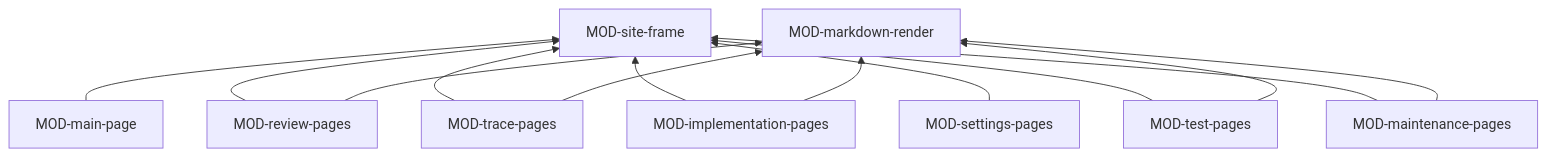
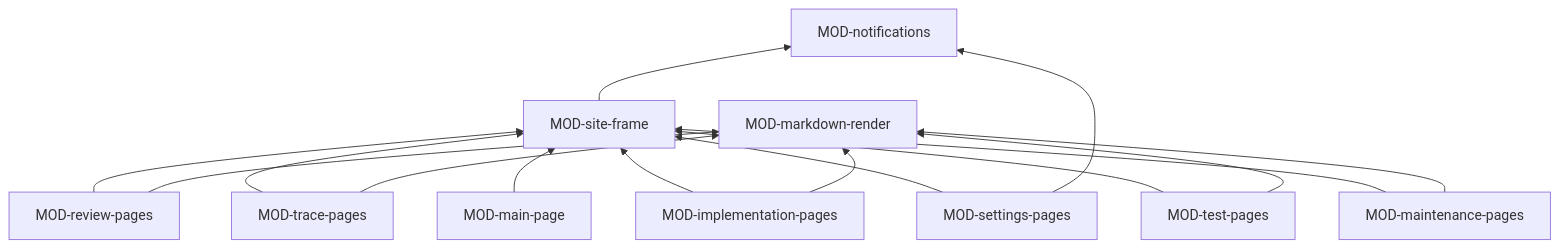
One commit to akmaier/agent-m changed the diagram in docs/architecture/ARC-038-the-site.md. Above: the diagram before and after it, drawn with Mermaid. The commit also changed other lines of this file and 8 other files, not shown here.

First line of the commit message:
docs(architecture): the notifications of what waits for acceptance (UC-047) — draft for review

````diff
--- a/docs/architecture/ARC-038-the-site.md
+++ b/docs/architecture/ARC-038-the-site.md
@@ -161,24 +183,27 @@
 ```mermaid
 flowchart BT
   SF[MOD-site-frame]
   MRD[MOD-markdown-render]
   MP[MOD-main-page]
   RV[MOD-review-pages]
   TR[MOD-trace-pages]
   IMP[MOD-implementation-pages]
   TP[MOD-test-pages]
   MNP[MOD-maintenance-pages]
   STP[MOD-settings-pages]
+  NT[MOD-notifications]
   MP --> SF
   RV --> SF
   RV --> MRD
   TR --> SF
   TR --> MRD
   IMP --> SF
   IMP --> MRD
   TP --> SF
   TP --> MRD
   MNP --> SF
   MNP --> MRD
   STP --> SF
+  STP --> NT
+  SF --> NT
 ```
````
